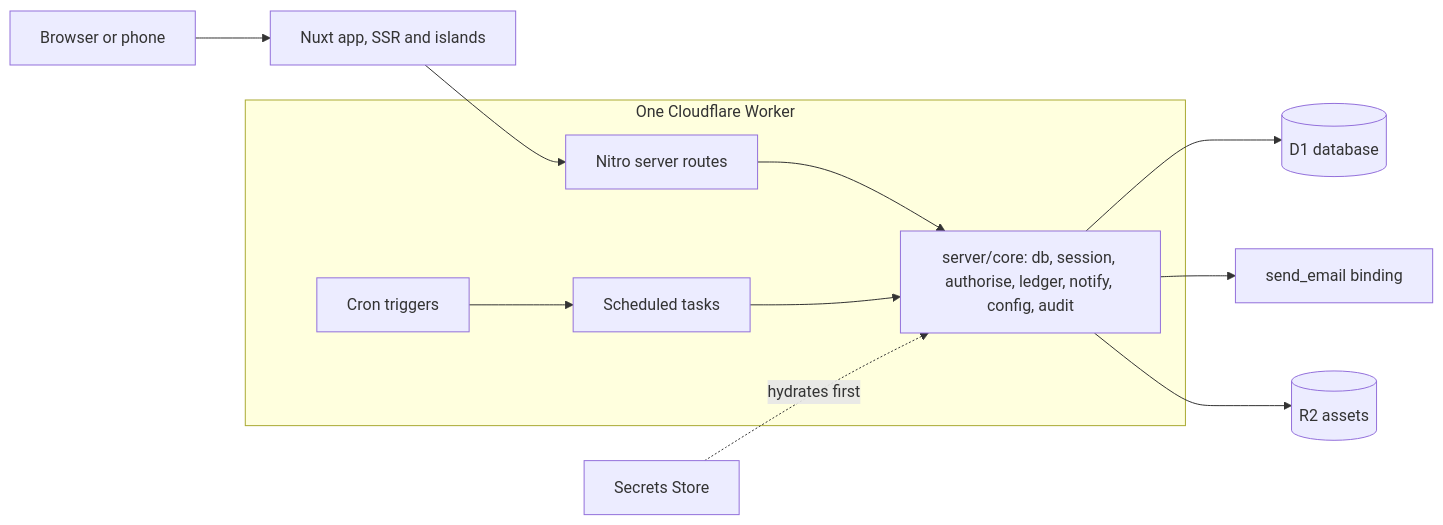
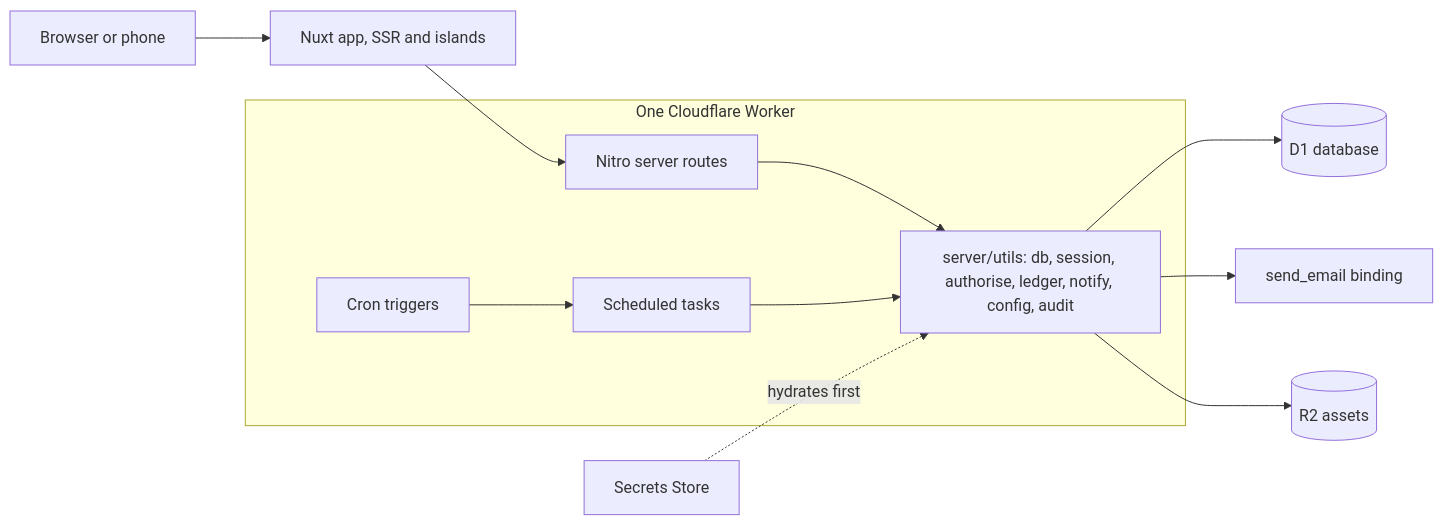
The first of 2 diagrams in docs/architecture.md (newtheatre/proscenium), drawn with Mermaid before and after one commit. The commit also changed other lines of this file and 23 other files, not shown here.

````diff
--- a/docs/architecture.md
+++ b/docs/architecture.md
@@ -15,13 +15,13 @@
 ```mermaid
 flowchart LR
   B[Browser or phone] --> N[Nuxt app, SSR and islands]
   N --> API[Nitro server routes]
   subgraph W[One Cloudflare Worker]
-    API --> CORE[server/core: db, session, authorise, ledger, notify, config, audit]
+    API --> CORE[server/utils: db, session, authorise, ledger, notify, config, audit]
     CRON[Cron triggers] --> TASKS[Scheduled tasks] --> CORE
   end
   CORE --> D1[(D1 database)]
   CORE --> MAIL[send_email binding]
   CORE --> R2[(R2 assets)]
   SS[Secrets Store] -.hydrates first.-> CORE
 ```
````
